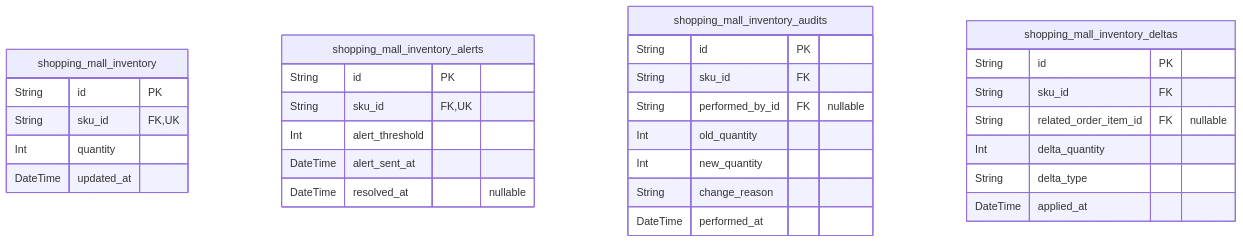
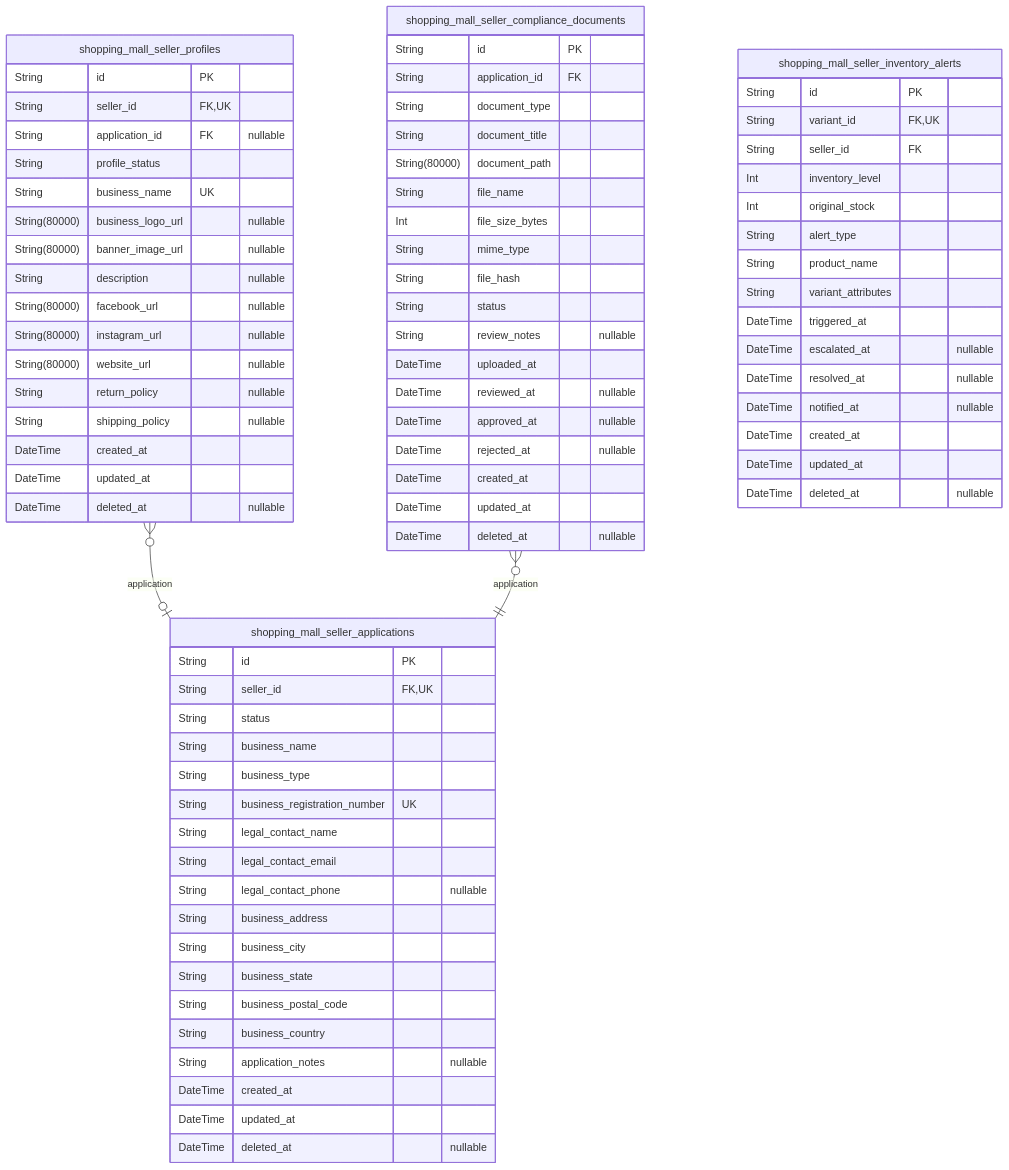
Before and after one commit to wrtnlabs/autobe-examples: the seventh of 11 diagrams in qwen/qwen3-next-80b-a3b-instruct/shopping/docs/ERD.md, drawn with Mermaid. The commit also changed other lines of this file and 22498 other files, not shown here.

````diff
--- a/qwen/qwen3-next-80b-a3b-instruct/shopping/docs/ERD.md
+++ b/qwen/qwen3-next-80b-a3b-instruct/shopping/docs/ERD.md
@@ -1541,33 +2725,80 @@
 ```mermaid
 erDiagram
-"shopping_mall_inventory" {
+"shopping_mall_seller_applications" {
   String id PK
-  String sku_id FK,UK
-  Int quantity
+  String seller_id FK,UK
+  String status
+  String business_name
+  String business_type
+  String business_registration_number UK
+  String legal_contact_name
+  String legal_contact_email
+  String legal_contact_phone "nullable"
+  String business_address
+  String business_city
+  String business_state
+  String business_postal_code
+  String business_country
+  String application_notes "nullable"
+  DateTime created_at
   DateTime updated_at
+  DateTime deleted_at "nullable"
 }
-"shopping_mall_inventory_alerts" {
+"shopping_mall_seller_profiles" {
   String id PK
-  String sku_id FK,UK
-  Int alert_threshold
-  DateTime alert_sent_at
+  String seller_id FK,UK
+  String application_id FK "nullable"
+  String profile_status
+  String business_name UK
+  String(80000) business_logo_url "nullable"
+  String(80000) banner_image_url "nullable"
+  String description "nullable"
+  String(80000) facebook_url "nullable"
+  String(80000) instagram_url "nullable"
+  String(80000) website_url "nullable"
+  String return_policy "nullable"
+  String shipping_policy "nullable"
+  DateTime created_at
+  DateTime updated_at
+  DateTime deleted_at "nullable"
+}
+"shopping_mall_seller_compliance_documents" {
+  String id PK
+  String application_id FK
+  String document_type
+  String document_title
+  String(80000) document_path
+  String file_name
+  Int file_size_bytes
+  String mime_type
+  String file_hash
+  String status
+  String review_notes "nullable"
+  DateTime uploaded_at
+  DateTime reviewed_at "nullable"
+  DateTime approved_at "nullable"
+  DateTime rejected_at "nullable"
+  DateTime created_at
+  DateTime updated_at
+  DateTime deleted_at "nullable"
+}
+"shopping_mall_seller_inventory_alerts" {
+  String id PK
+  String variant_id FK,UK
+  String seller_id FK
+  Int inventory_level
+  Int original_stock
+  String alert_type
+  String product_name
+  String variant_attributes
+  DateTime triggered_at
+  DateTime escalated_at "nullable"
   DateTime resolved_at "nullable"
+  DateTime notified_at "nullable"
+  DateTime created_at
+  DateTime updated_at
+  DateTime deleted_at "nullable"
 }
-"shopping_mall_inventory_audits" {
-  String id PK
-  String sku_id FK
-  String performed_by_id FK "nullable"
-  Int old_quantity
-  Int new_quantity
-  String change_reason
-  DateTime performed_at
-}
-"shopping_mall_inventory_deltas" {
-  String id PK
-  String sku_id FK
-  String related_order_item_id FK "nullable"
-  Int delta_quantity
-  String delta_type
-  DateTime applied_at
-}
+"shopping_mall_seller_profiles" }o--o| "shopping_mall_seller_applications" : application
+"shopping_mall_seller_compliance_documents" }o--|| "shopping_mall_seller_applications" : application
 ```
````
